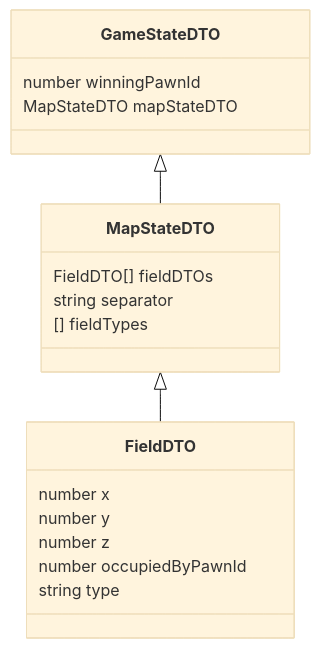
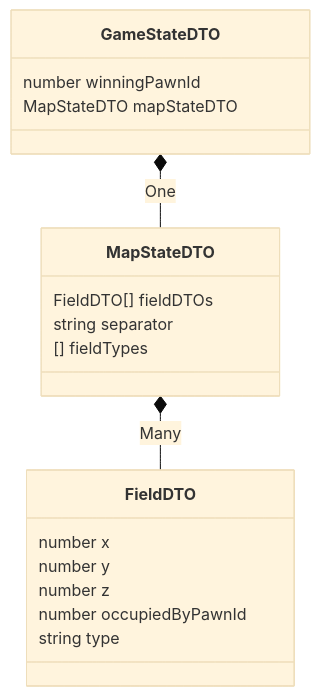
One commit to stijnlinderman/eldorado changed the fourth of 8 diagrams in ARCHITECTURE.md. Above: the diagram before and after it, drawn with Mermaid (base theme). The commit also changed other lines of this file, not shown here.

````diff
--- a/ARCHITECTURE.md
+++ b/ARCHITECTURE.md
@@ -59,16 +59,16 @@
 ```mermaid
 classDiagram
-	GameStateDTO <|-- MapStateDTO
+	GameStateDTO *-- MapStateDTO : One
 	GameStateDTO : <interface>
 	GameStateDTO : number winningPawnId
 	GameStateDTO : MapStateDTO mapStateDTO
-	MapStateDTO <|-- FieldDTO
+	MapStateDTO *-- FieldDTO : Many
 	MapStateDTO : FieldDTO[] fieldDTOs
 	MapStateDTO : string separator
 	MapStateDTO : [] fieldTypes
 	FieldDTO : number x
 	FieldDTO : number y
 	FieldDTO : number z
 	FieldDTO : number occupiedByPawnId
 	FieldDTO : string type
 ```
````
